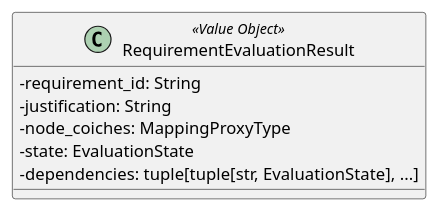
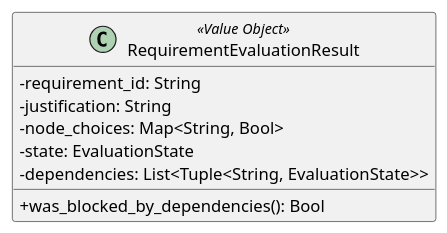
The diagram in src/PB/DocumentazioneEsterna/Specifica_Tecnica/content/uml/puml/Diagrammi_classi/Backend/Domain/RequirementEvaluationResult.puml (GroupRubberDuck/Documentazione), drawn with PlantUML before and after one commit. The commit also changed 24 other files, not shown here.

```diff
--- a/src/PB/DocumentazioneEsterna/Specifica_Tecnica/content/uml/puml/Diagrammi_classi/Backend/Domain/RequirementEvaluationResult.puml
+++ b/src/PB/DocumentazioneEsterna/Specifica_Tecnica/content/uml/puml/Diagrammi_classi/Backend/Domain/RequirementEvaluationResult.puml
@@ -1,13 +1,15 @@
 @startuml RequirementEvaluationResult
 skinparam linetype ortho
 skinparam classAttributeIconSize 0
 
 class RequirementEvaluationResult <<Value Object>> {
     - requirement_id: String
     - justification: String
-    - node_coiches: MappingProxyType
+    - node_choices: Map<String, Bool>
     - state: EvaluationState
-    - dependencies: tuple[tuple[str, EvaluationState], ...]
+    - dependencies: List<Tuple<String, EvaluationState>>
+
+    + was_blocked_by_dependencies(): Bool
 }
 
 @enduml
```
